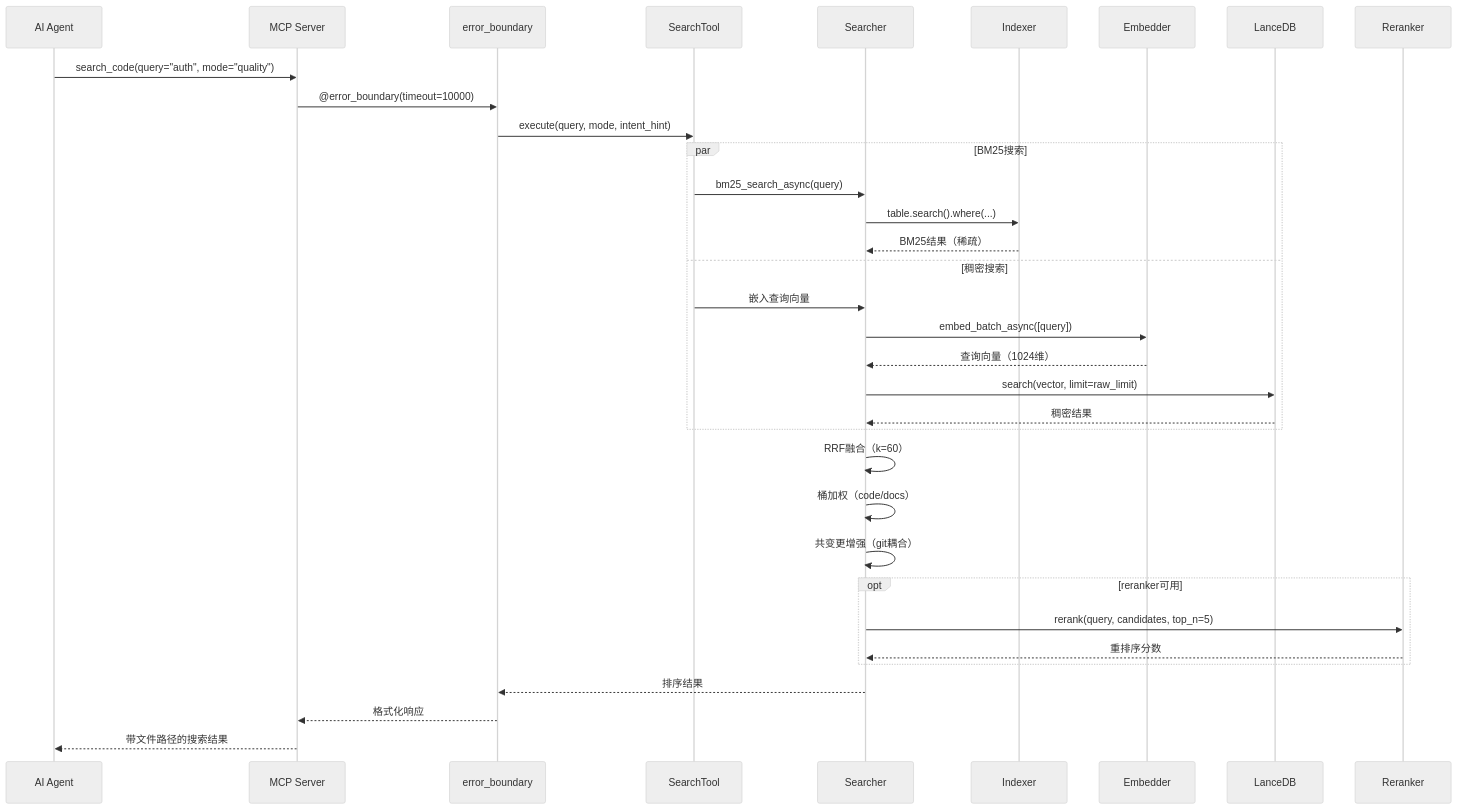
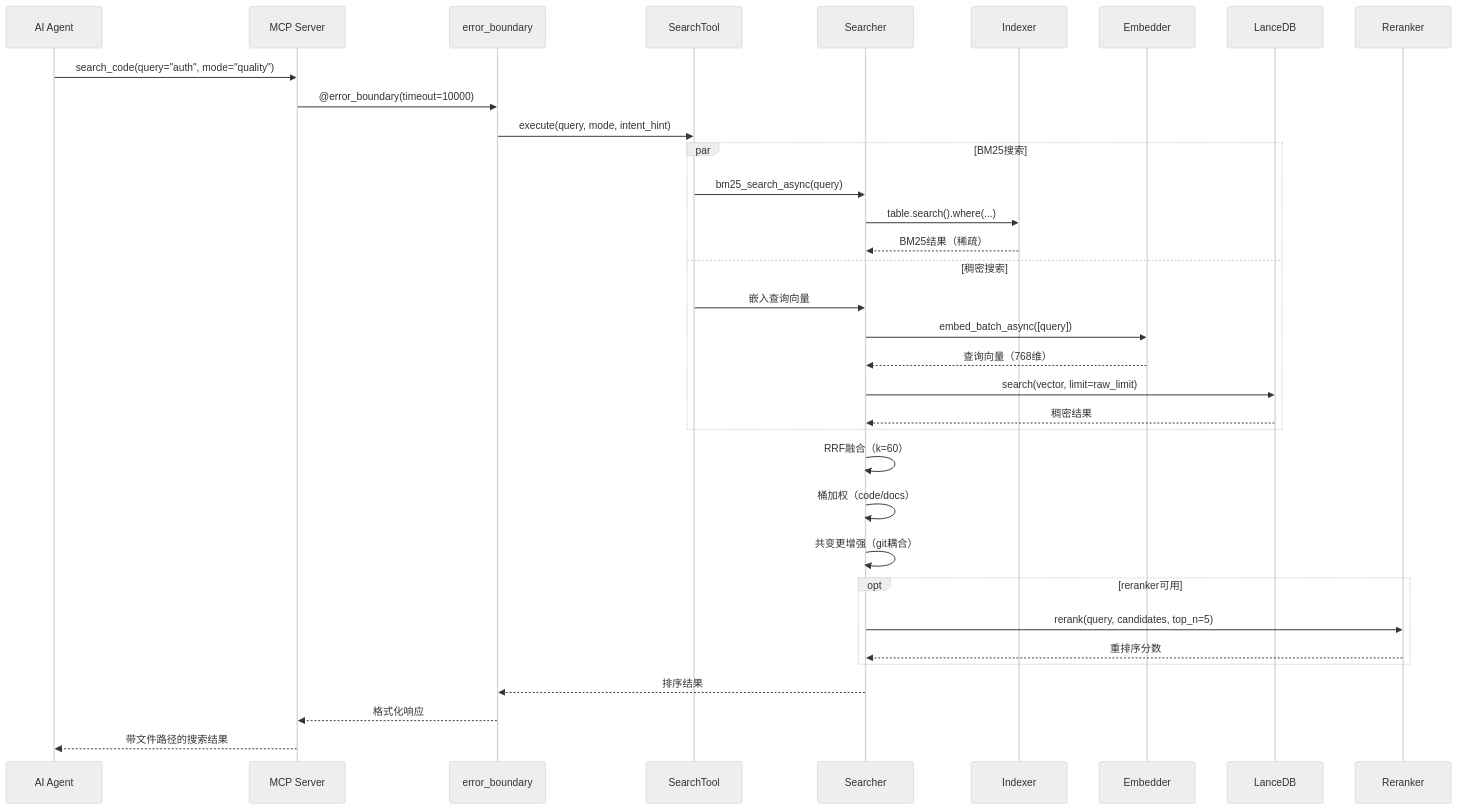
Before and after one commit to ManSio/mscodebase-intelligence: the third of 8 diagrams in docs/zh/ARCHITECTURE_DEEP.md, drawn with Mermaid (neutral theme). The commit also changed other lines of this file and 50 other files, not shown here.

````diff
--- a/docs/zh/ARCHITECTURE_DEEP.md
+++ b/docs/zh/ARCHITECTURE_DEEP.md
@@ -81,41 +81,41 @@
 ```mermaid
 sequenceDiagram
     participant User as AI Agent
     participant MCP as MCP Server
     participant EB as error_boundary
     participant ST as SearchTool
     participant S as Searcher
     participant I as Indexer
     participant E as Embedder
     participant DB as LanceDB
     participant R as Reranker
 
     User->>MCP: search_code(query="auth", mode="quality")
     MCP->>EB: @error_boundary(timeout=10000)
     EB->>ST: execute(query, mode, intent_hint)
     
     par BM25搜索
         ST->>S: bm25_search_async(query)
         S->>I: table.search().where(...)
         I-->>S: BM25结果（稀疏）
     and 稠密搜索
         ST->>S: 嵌入查询向量
         S->>E: embed_batch_async([query])
-        E-->>S: 查询向量（1024维）
+        E-->>S: 查询向量（768维）
         S->>DB: search(vector, limit=raw_limit)
         DB-->>S: 稠密结果
     end
     
     S->>S: RRF融合（k=60）
     S->>S: 桶加权（code/docs）
     S->>S: 共变更增强（git耦合）
     
     opt reranker可用
         S->>R: rerank(query, candidates, top_n=5)
         R-->>S: 重排序分数
     end
     
     S-->>EB: 排序结果
     EB-->>MCP: 格式化响应
     MCP-->>User: 带文件路径的搜索结果
 ```
````
